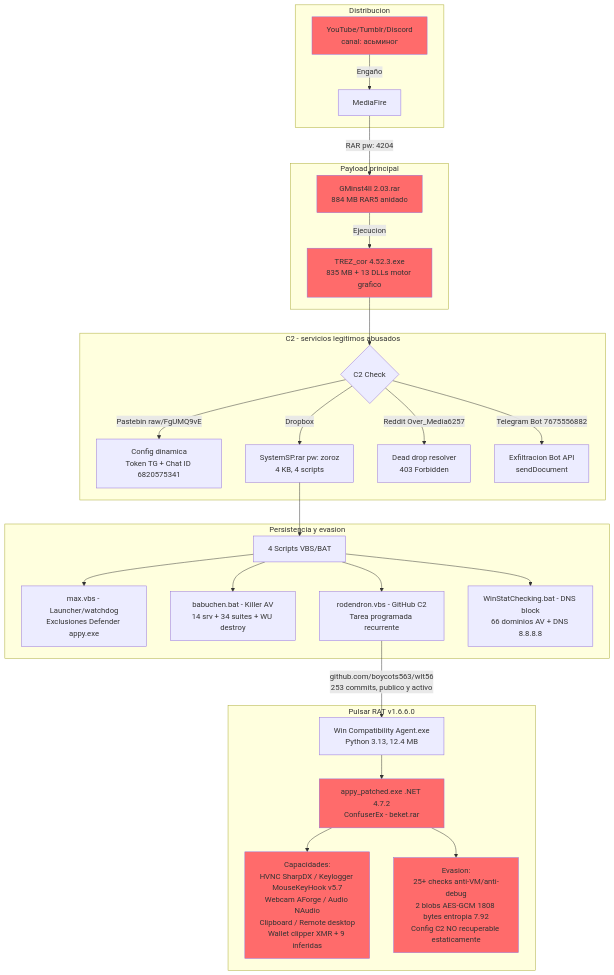
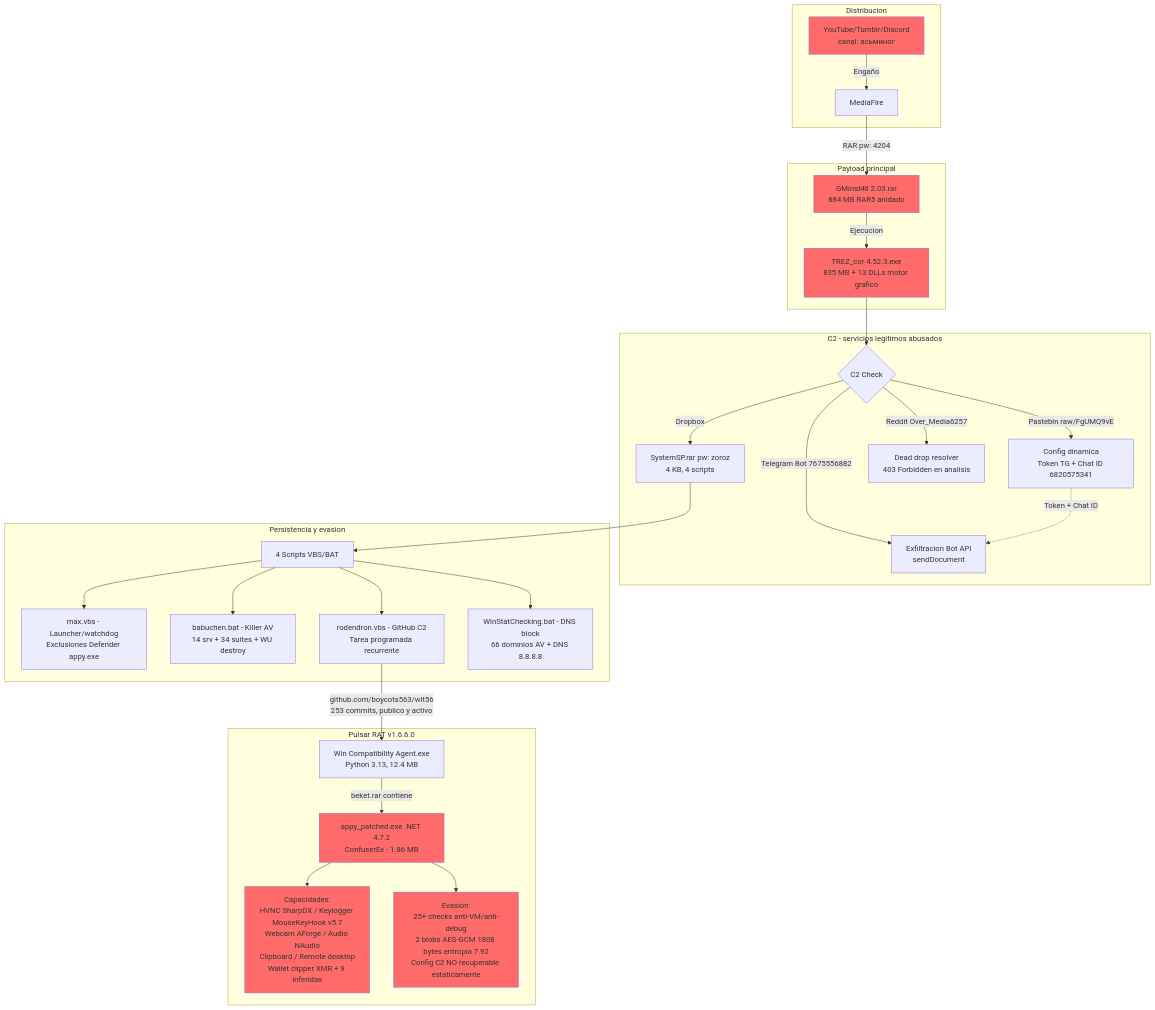
One commit to alesanfe/soar-ransomware-lab changed diagram 11 of 12 in docs/thesis/appendix_f.md. Above: the diagram before and after it, drawn with Mermaid. The commit also changed other lines of this file, not shown here.

Commit message:
fix(thesis): F.11 - 3 correcciones en flechas del diagrama
Verificacion flecha por flecha contra flujo real del malware:

1. Flecha faltante F -> I (PASTEBIN -> TELEGRAM)
   El nodo F (Pastebin config con Token TG + Chat ID) no conectaba
   con I (exfiltracion Telegram). En la realidad, TREZ_cor obtiene
   el token y Chat ID de Pastebin y los usa para exfiltrar via
   Telegram Bot API. Anadida flecha punteada F -.-> I con etiqueta
   'Token + Chat ID' (punteada porque es flujo de datos, no ejecucion)

2. Flecha O -> P sin etiqueta -> etiquetada
   La flecha de Windows Compatibility Agent.exe (Python) a
   appy_patched.exe (.NET RAT) no tenia etiqueta. Anadida etiqueta
   'beket.rar contiene' para clarificar que la conexion es que el
   repo GitHub contiene beket.rar que contiene el RAT.
   Tambien anadido tamano '1.86 MB' al nodo P.

3. Nodo H (Reddit) clarificado
   '403 Forbidden' -> '403 Forbidden en analisis' para indicar
   que es el estado en el momento del analisis, no que el servicio
   este permanentemente caido.

Verificacion: F.11 valida con @mermaid-js/mermaid-cli

````diff
--- a/docs/thesis/appendix_f.md
+++ b/docs/thesis/appendix_f.md
@@ -558,36 +558,37 @@
 ```mermaid
 graph TD
  subgraph Distrib["Distribucion"]
    A[YouTube/Tumblr/Discord<br/>canal: асьминог] -->|Engaño| B[MediaFire]
  end
  subgraph Payload["Payload principal"]
    B -->|RAR pw: 4204| C[GMinst4ll 2.03.rar<br/>884 MB RAR5 anidado]
    C -->|Ejecucion| D[TREZ_cor 4.52.3.exe<br/>835 MB + 13 DLLs motor grafico]
  end
  subgraph C2["C2 - servicios legitimos abusados"]
    D --> E{C2 Check}
    E -->|Pastebin raw/FgUMQ9vE| F[Config dinamica<br/>Token TG + Chat ID 6820575341]
    E -->|Dropbox| G[SystemSP.rar pw: zoroz<br/>4 KB, 4 scripts]
-   E -->|Reddit Over_Media6257| H[Dead drop resolver<br/>403 Forbidden]
+   E -->|Reddit Over_Media6257| H[Dead drop resolver<br/>403 Forbidden en analisis]
    E -->|Telegram Bot 7675556882| I[Exfiltracion Bot API<br/>sendDocument]
+   F -.->|Token + Chat ID| I
  end
  subgraph Persist["Persistencia y evasion"]
    G --> J[4 Scripts VBS/BAT]
    J --> K[max.vbs - Launcher/watchdog<br/>Exclusiones Defender appy.exe]
    J --> L[babuchen.bat - Killer AV<br/>14 srv + 34 suites + WU destroy]
    J --> M[rodendron.vbs - GitHub C2<br/>Tarea programada recurrente]
    J --> N[WinStatChecking.bat - DNS block<br/>66 dominios AV + DNS 8.8.8.8]
  end
  subgraph RAT["Pulsar RAT v1.6.6.0"]
    M -->|github.com/boycots563/wlt56<br/>253 commits, publico y activo| O[Win Compatibility Agent.exe<br/>Python 3.13, 12.4 MB]
-   O --> P[appy_patched.exe .NET 4.7.2<br/>ConfuserEx - beket.rar]
+   O -->|beket.rar contiene| P[appy_patched.exe .NET 4.7.2<br/>ConfuserEx - 1.86 MB]
    P --> Q[Capacidades:<br/>HVNC SharpDX / Keylogger MouseKeyHook v5.7<br/>Webcam AForge / Audio NAudio<br/>Clipboard / Remote desktop<br/>Wallet clipper XMR + 9 inferidas]
    P --> R[Evasion:<br/>25+ checks anti-VM/anti-debug<br/>2 blobs AES-GCM 1808 bytes entropia 7.92<br/>Config C2 NO recuperable estaticamente]
  end
  style A fill:#ff6b6b
  style C fill:#ff6b6b
  style D fill:#ff6b6b
  style P fill:#ff6b6b
  style Q fill:#ff6b6b
  style R fill:#ff6b6b
 ```
````
